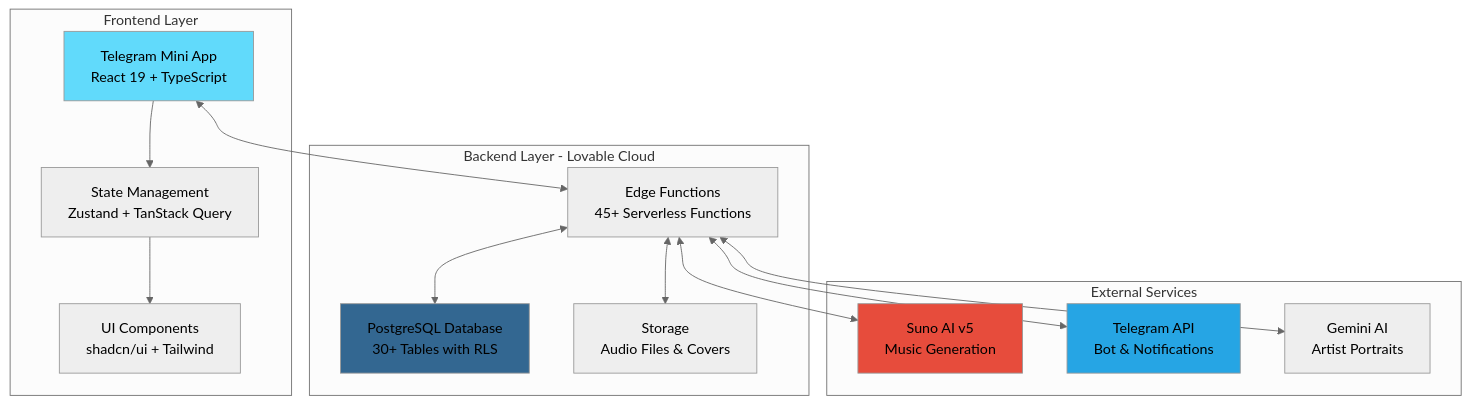
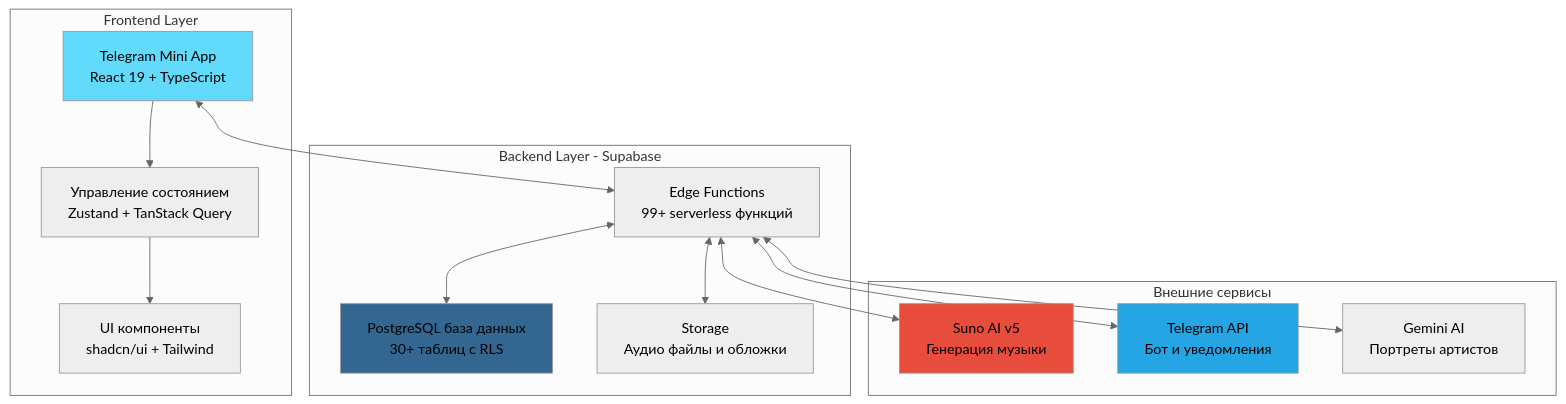
One commit to HOW2AI-AGENCY/aimusicverse changed the diagram in README.md. Above: the diagram before and after it, drawn with Mermaid (neutral theme). The commit also changed other lines of this file and 6 other files, not shown here.

````diff
--- a/README.md
+++ b/README.md
@@ -230,34 +321,34 @@
 ```mermaid
 graph TB
     subgraph "Frontend Layer"
         A[Telegram Mini App<br/>React 19 + TypeScript]
-        B[State Management<br/>Zustand + TanStack Query]
-        C[UI Components<br/>shadcn/ui + Tailwind]
+        B[Управление состоянием<br/>Zustand + TanStack Query]
+        C[UI компоненты<br/>shadcn/ui + Tailwind]
     end
-    
-    subgraph "Backend Layer - Lovable Cloud"
-        D[PostgreSQL Database<br/>30+ Tables with RLS]
-        E[Edge Functions<br/>45+ Serverless Functions]
-        F[Storage<br/>Audio Files & Covers]
+
+    subgraph "Backend Layer - Supabase"
+        D[PostgreSQL база данных<br/>30+ таблиц с RLS]
+        E[Edge Functions<br/>99+ serverless функций]
+        F[Storage<br/>Аудио файлы и обложки]
     end
-    
-    subgraph "External Services"
-        G[Suno AI v5<br/>Music Generation]
-        H[Telegram API<br/>Bot & Notifications]
-        I[Gemini AI<br/>Artist Portraits]
+
+    subgraph "Внешние сервисы"
+        G[Suno AI v5<br/>Генерация музыки]
+        H[Telegram API<br/>Бот и уведомления]
+        I[Gemini AI<br/>Портреты артистов]
     end
-    
+
     A --> B
     B --> C
     A <--> E
     E <--> D
     E <--> F
     E <--> G
     E <--> H
     E <--> I
-    
+
     style A fill:#61DAFB
     style D fill:#336791
     style G fill:#e74c3c
     style H fill:#26A5E4
 ```
````
